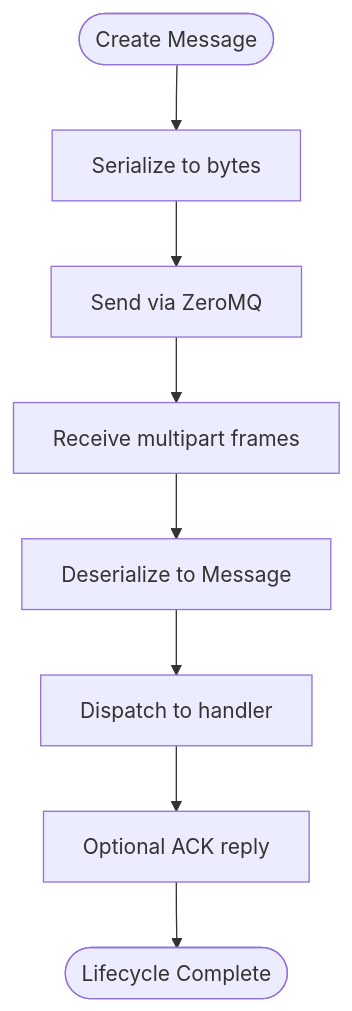
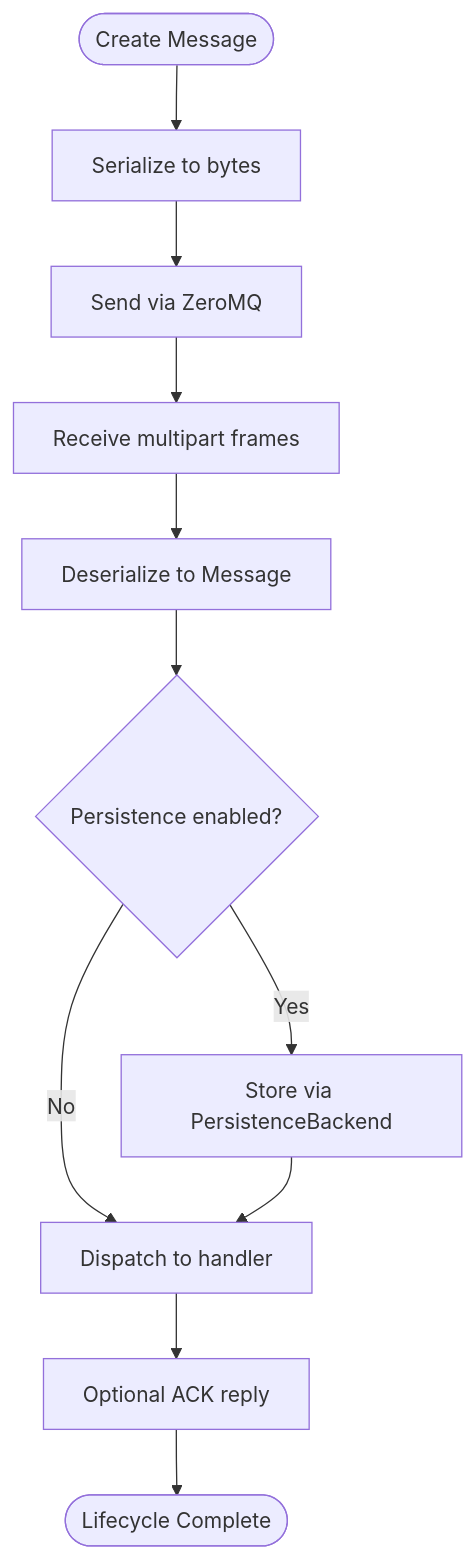
The sixth of 15 diagrams in .qoder/repowiki/en/content/Message System.md (zt281/TycheEngine), drawn with Mermaid before and after one commit. The commit also changed other lines of this file and 11 other files, not shown here.

````diff
--- a/.qoder/repowiki/en/content/Message System.md
+++ b/.qoder/repowiki/en/content/Message System.md
@@ -254,10 +320,13 @@
 ```mermaid
 flowchart TD
 Create(["Create Message"]) --> Serialize["Serialize to bytes"]
 Serialize --> Transport["Send via ZeroMQ"]
 Transport --> Receive["Receive multipart frames"]
 Receive --> Deserialize["Deserialize to Message"]
-Deserialize --> Dispatch["Dispatch to handler"]
+Deserialize --> PersistCheck{"Persistence enabled?"}
+PersistCheck --> |Yes| Store["Store via PersistenceBackend"]
+PersistCheck --> |No| Dispatch["Dispatch to handler"]
+Store --> Dispatch
 Dispatch --> Ack["Optional ACK reply"]
 Ack --> End(["Lifecycle Complete"])
 ```
````
